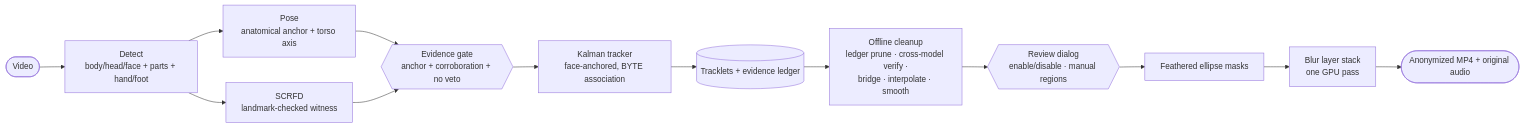
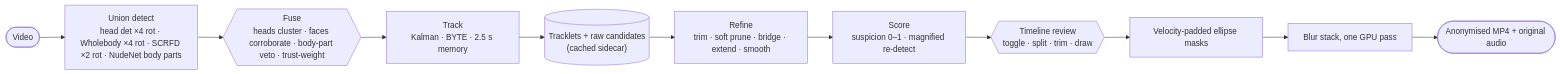
The diagram in README.md (kabir0st/automated-video-privacy-pipeline), drawn with Mermaid before and after one commit. The commit also changed other lines of this file and 53 other files, not shown here.

````diff
--- a/README.md
+++ b/README.md
@@ -84,15 +84,13 @@
 ```mermaid
 flowchart LR
-    A([Video]) --> B["Detect<br/>body/head/face + parts + hand/foot"]
-    B --> C["Pose<br/>anatomical anchor + torso axis"]
-    B --> D["SCRFD<br/>landmark-checked witness"]
-    C --> E{{"Evidence gate<br/>anchor + corroboration + no veto"}}
-    D --> E
-    E --> F[Kalman tracker<br/>face-anchored, BYTE association]
-    F --> G[("Tracklets + evidence ledger")]
-    G --> H["Offline cleanup<br/>ledger prune · cross-model verify ·<br/>bridge · interpolate · smooth"]
-    H --> I{{"Review dialog<br/>enable/disable · manual regions"}}
-    I --> J[Feathered ellipse masks]
-    J --> K[Blur layer stack<br/>one GPU pass]
-    K --> L([Anonymized MP4 + original audio])
+    A([Video]) --> B["Union detect<br/>head det ×4 rot · Wholebody ×4 rot · SCRFD ×2 rot · NudeNet body parts"]
+    B --> C{{"Fuse<br/>heads cluster · faces corroborate · body-part veto · trust-weight"}}
+    C --> D["Track<br/>Kalman · BYTE · 2.5 s memory"]
+    D --> E[("Tracklets + raw candidates<br/>(cached sidecar)")]
+    E --> F["Refine<br/>trim · soft prune · bridge · extend · smooth"]
+    F --> G["Score<br/>suspicion 0–1 · magnified re-detect"]
+    G --> H{{"Timeline review<br/>toggle · split · trim · draw"}}
+    H --> I[Velocity-padded ellipse masks]
+    I --> J[Blur stack, one GPU pass]
+    J --> K([Anonymised MP4 + original audio])
 ```
````
